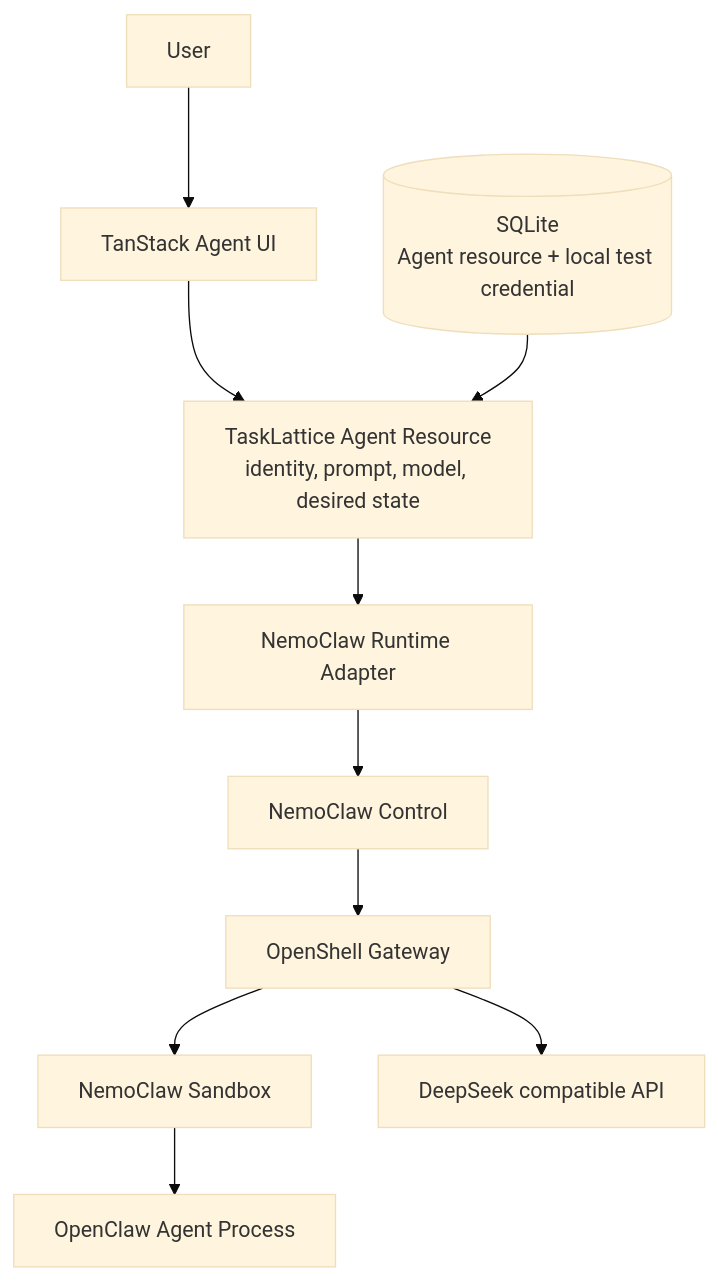
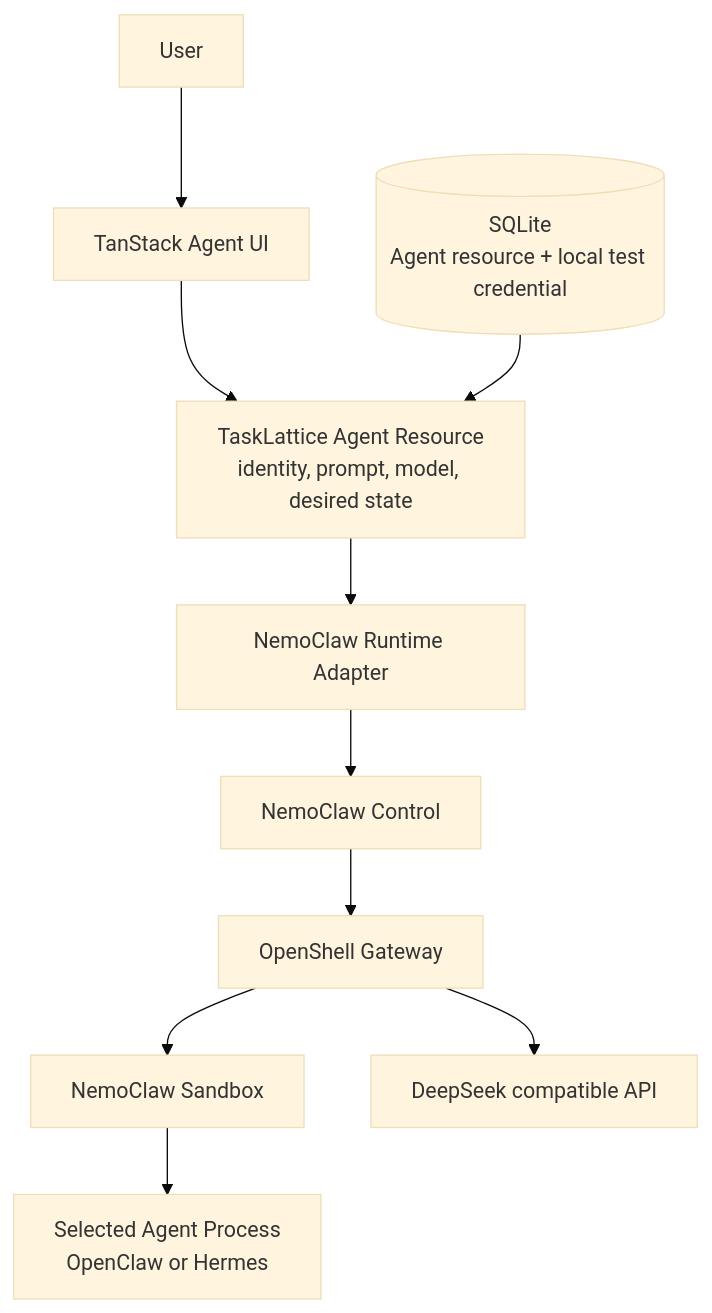
The first of 2 diagrams in docs/mvp-core-flow.md (Sn0rt/TaskLattice), drawn with Mermaid (base theme) before and after one commit. The commit also changed other lines of this file and 29 other files, not shown here.

Commit message:
feat(agent): add Hermes platform and fullscreen TUI

````diff
--- a/docs/mvp-core-flow.md
+++ b/docs/mvp-core-flow.md
@@ -19,12 +19,12 @@
 ```mermaid
 flowchart TD
     USER["User"] --> UI["TanStack Agent UI"]
     UI --> RESOURCE["TaskLattice Agent Resource<br/>identity, prompt, model, desired state"]
     DB[("SQLite<br/>Agent resource + local test credential")] --> RESOURCE
     RESOURCE --> ADAPTER["NemoClaw Runtime Adapter"]
     ADAPTER --> CONTROL["NemoClaw Control"]
     CONTROL --> GATEWAY["OpenShell Gateway"]
     GATEWAY --> SANDBOX["NemoClaw Sandbox"]
-    SANDBOX --> AGENT["OpenClaw Agent Process"]
+    SANDBOX --> AGENT["Selected Agent Process<br/>OpenClaw or Hermes"]
     GATEWAY --> INFERENCE["DeepSeek compatible API"]
 ```
````
